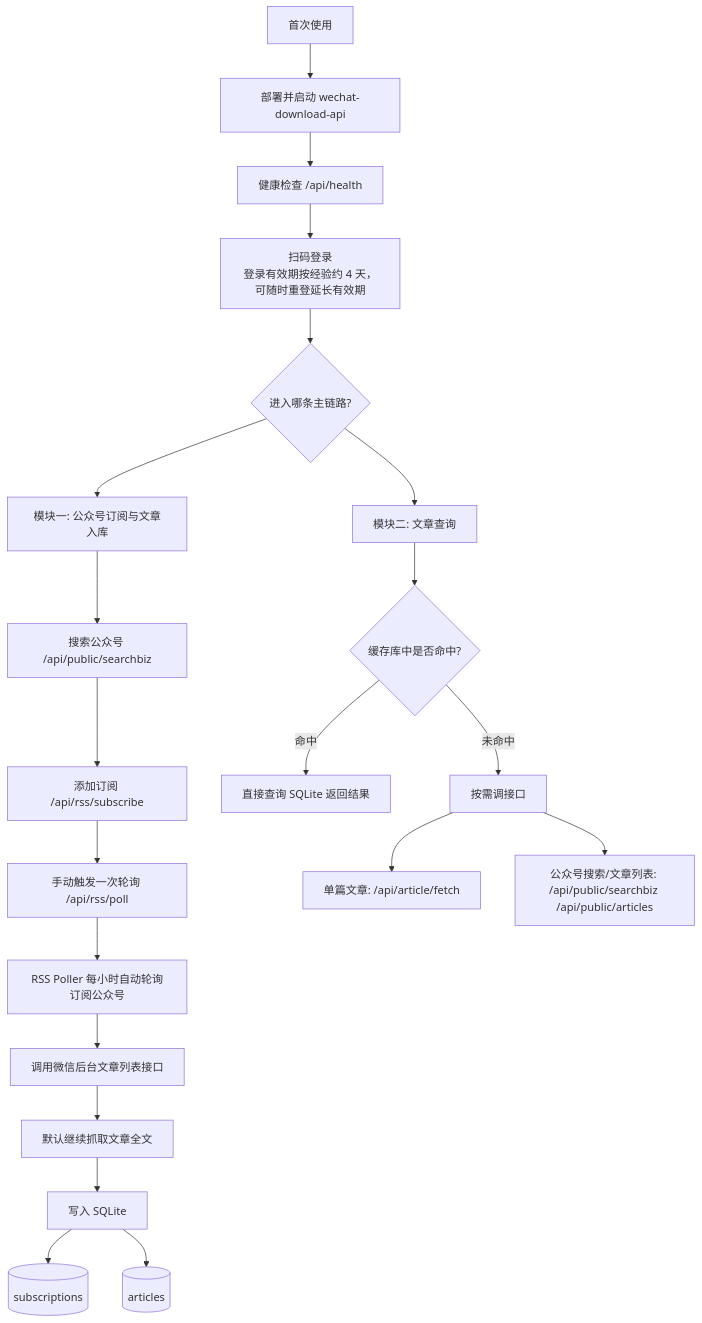
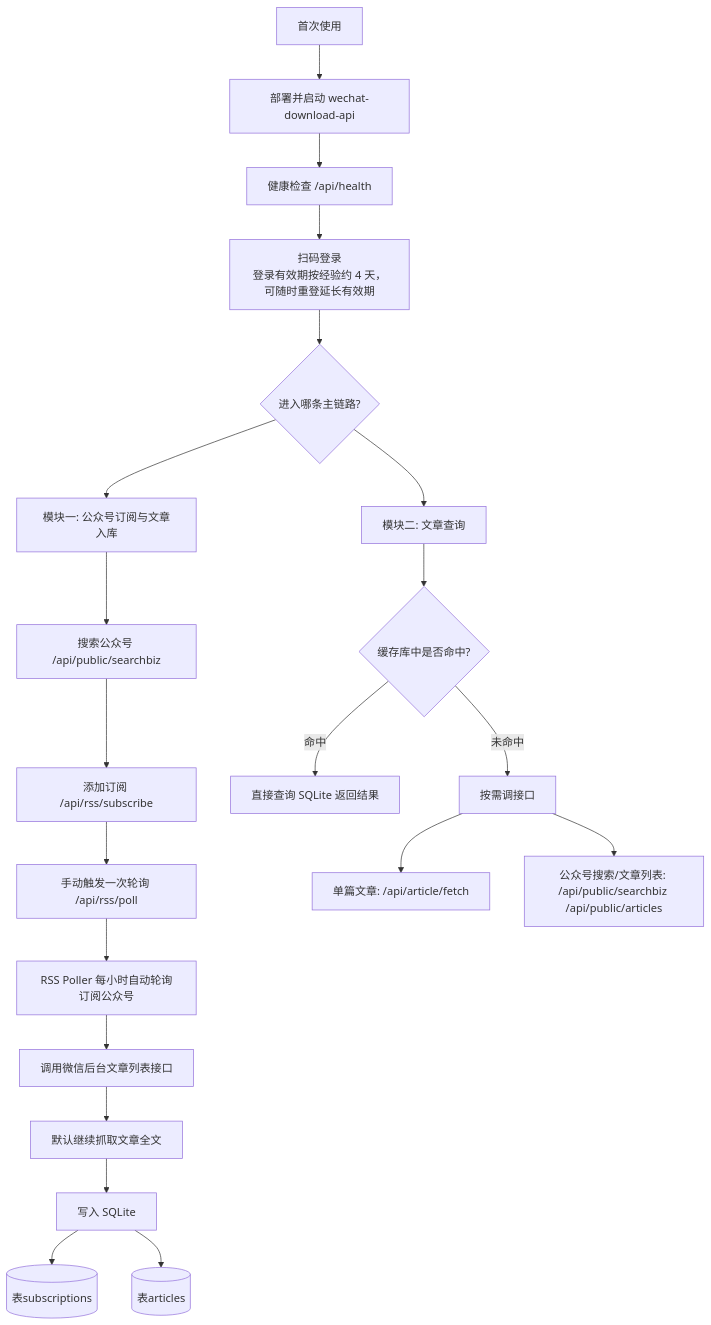
Before and after one commit to adennng/wechat-query-skill: the first of 2 diagrams in README.md, drawn with Mermaid.

````diff
--- a/README.md
+++ b/README.md
@@ -26,26 +26,26 @@
 ```mermaid
 flowchart TD
     A[首次使用] --> B[部署并启动 wechat-download-api]
     B --> C[健康检查 /api/health]
     C --> D[扫码登录<br/>登录有效期按经验约 4 天，可随时重登延长有效期]
     D --> E{进入哪条主链路?}
 
     E --> F[模块一: 公众号订阅与文章入库]
     E --> G[模块二: 文章查询]
 
     F --> F1[搜索公众号 /api/public/searchbiz]
     F1 --> F2[添加订阅 /api/rss/subscribe]
     F2 --> F3[手动触发一次轮询 /api/rss/poll]
     F3 --> F4[RSS Poller 每小时自动轮询订阅公众号]
     F4 --> F5[调用微信后台文章列表接口]
     F5 --> F6[默认继续抓取文章全文]
     F6 --> F7[写入 SQLite]
-    F7 --> F8[(subscriptions)]
-    F7 --> F9[(articles)]
+    F7 --> F8[(表subscriptions)]
+    F7 --> F9[(表articles)]
 
     G --> G1{缓存库中是否命中?}
     G1 -->|命中| G2[直接查询 SQLite 返回结果]
     G1 -->|未命中| G3[按需调接口]
     G3 --> G4[单篇文章: /api/article/fetch]
     G3 --> G5[公众号搜索/文章列表: /api/public/searchbiz /api/public/articles]
 ```
````
